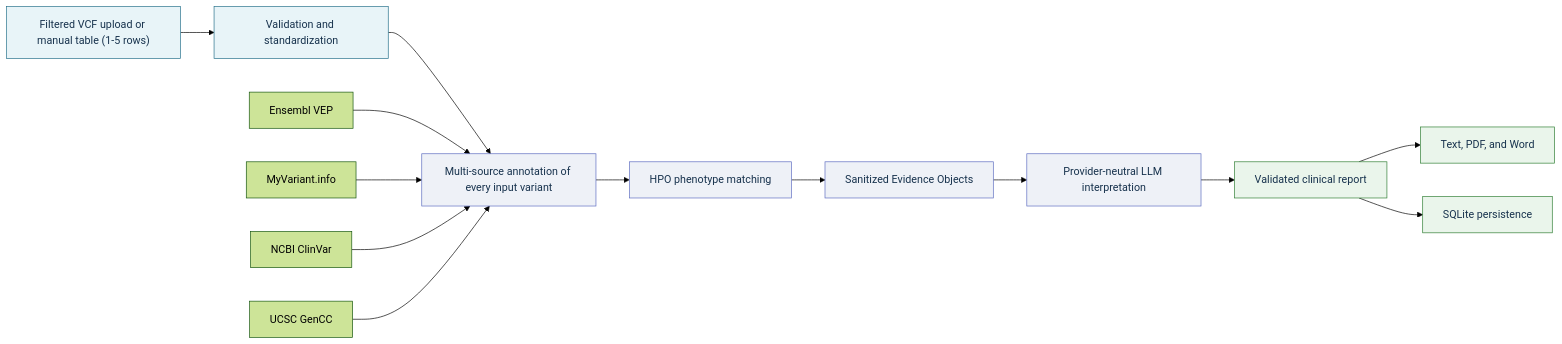
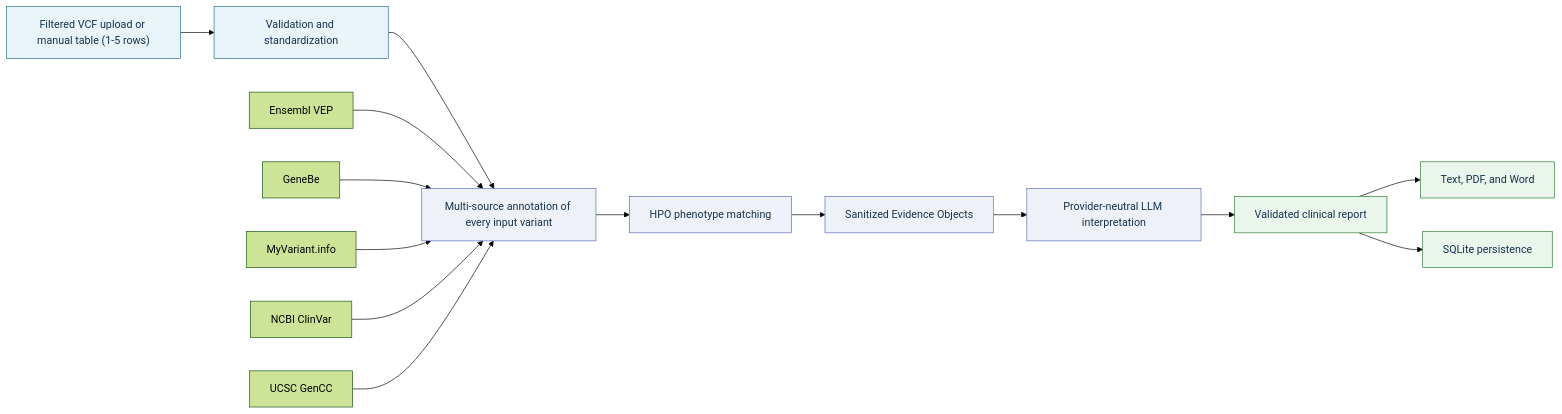
Before and after one commit to parhamKIY/CLINCAL_VARIANT_WEB_APPLICATION: the diagram in README.md, drawn with Mermaid (forest theme). The commit also changed other lines of this file and 8 other files, not shown here.

````diff
--- a/README.md
+++ b/README.md
@@ -39,23 +39,24 @@
 ```mermaid
 flowchart LR
     A["Filtered VCF upload or manual table (1-5 rows)"] --> B["Validation and standardization"]
     B --> D["Multi-source annotation of every input variant"]
     D --> E["HPO phenotype matching"]
     E --> F["Sanitized Evidence Objects"]
     F --> G["Provider-neutral LLM interpretation"]
     G --> H["Validated clinical report"]
     H --> I["Text, PDF, and Word"]
     H --> J["SQLite persistence"]
 
     D1["Ensembl VEP"] --> D
-    D2["MyVariant.info"] --> D
-    D3["NCBI ClinVar"] --> D
-    D4["UCSC GenCC"] --> D
+    D2["GeneBe"] --> D
+    D3["MyVariant.info"] --> D
+    D4["NCBI ClinVar"] --> D
+    D5["UCSC GenCC"] --> D
 
     classDef input fill:#e8f4f8,stroke:#24708a,color:#17324d
     classDef evidence fill:#eef1f7,stroke:#5c6bc0,color:#17324d
     classDef output fill:#eaf5eb,stroke:#2e7d32,color:#17324d
     class A,B input
     class D,E,F,G evidence
     class H,I,J output
 ```
````
